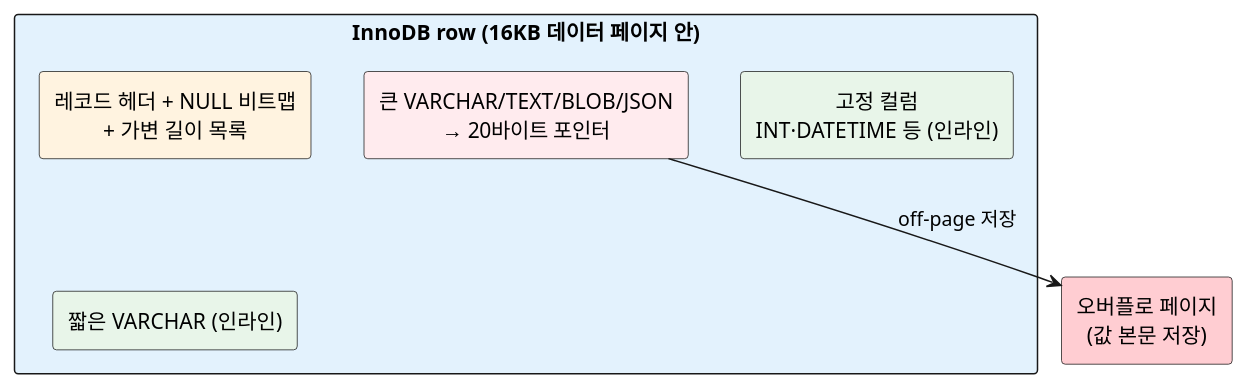
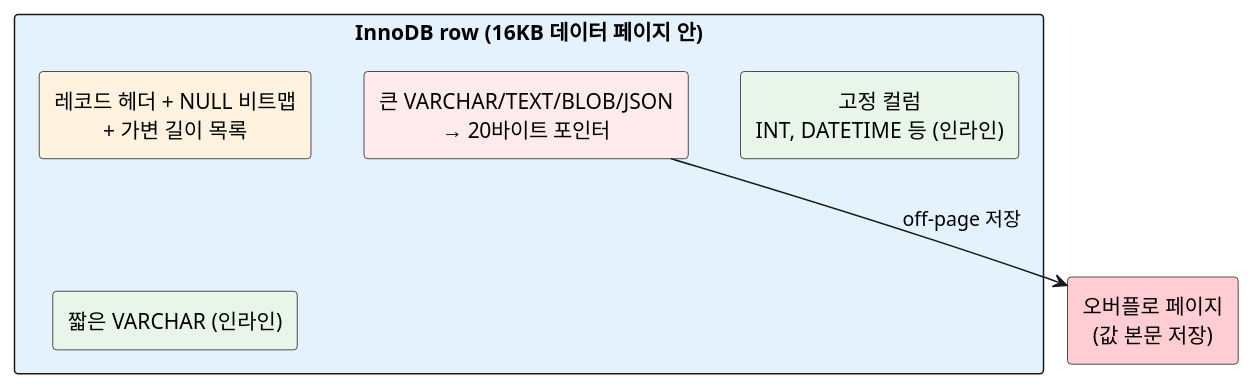
Before and after one commit to johnycho/johny-dev: the first of 2 diagrams in blog/2026-10-07-mysql-column-types-storage.mdx, drawn with PlantUML. The commit also changed other lines of this file and 188 other files, not shown here.

````diff
--- a/blog/2026-10-07-mysql-column-types-storage.mdx
+++ b/blog/2026-10-07-mysql-column-types-storage.mdx
@@ -27,16 +27,16 @@
 ```plantuml
 @startuml
 skinparam defaultTextAlignment center
 skinparam shadowing false
 
 rectangle "InnoDB row (16KB 데이터 페이지 안)" as ROW #E3F2FD {
   rectangle "레코드 헤더 + NULL 비트맵\n+ 가변 길이 목록" as H #FFF3E0
-  rectangle "고정 컬럼\nINT·DATETIME 등 (인라인)" as F #E8F5E9
+  rectangle "고정 컬럼\nINT, DATETIME 등 (인라인)" as F #E8F5E9
   rectangle "짧은 VARCHAR (인라인)" as V #E8F5E9
   rectangle "큰 VARCHAR/TEXT/BLOB/JSON\n→ 20바이트 포인터" as P #FFEBEE
 }
 rectangle "오버플로 페이지\n(값 본문 저장)" as OV #FFCDD2
 
 P -down-> OV : off-page 저장
 @enduml
 ```
````
